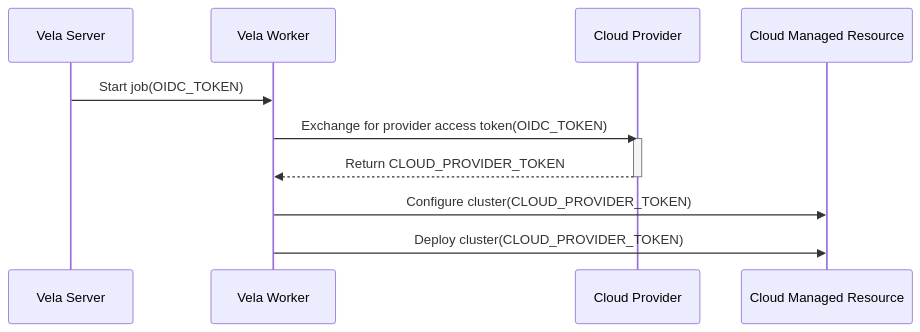
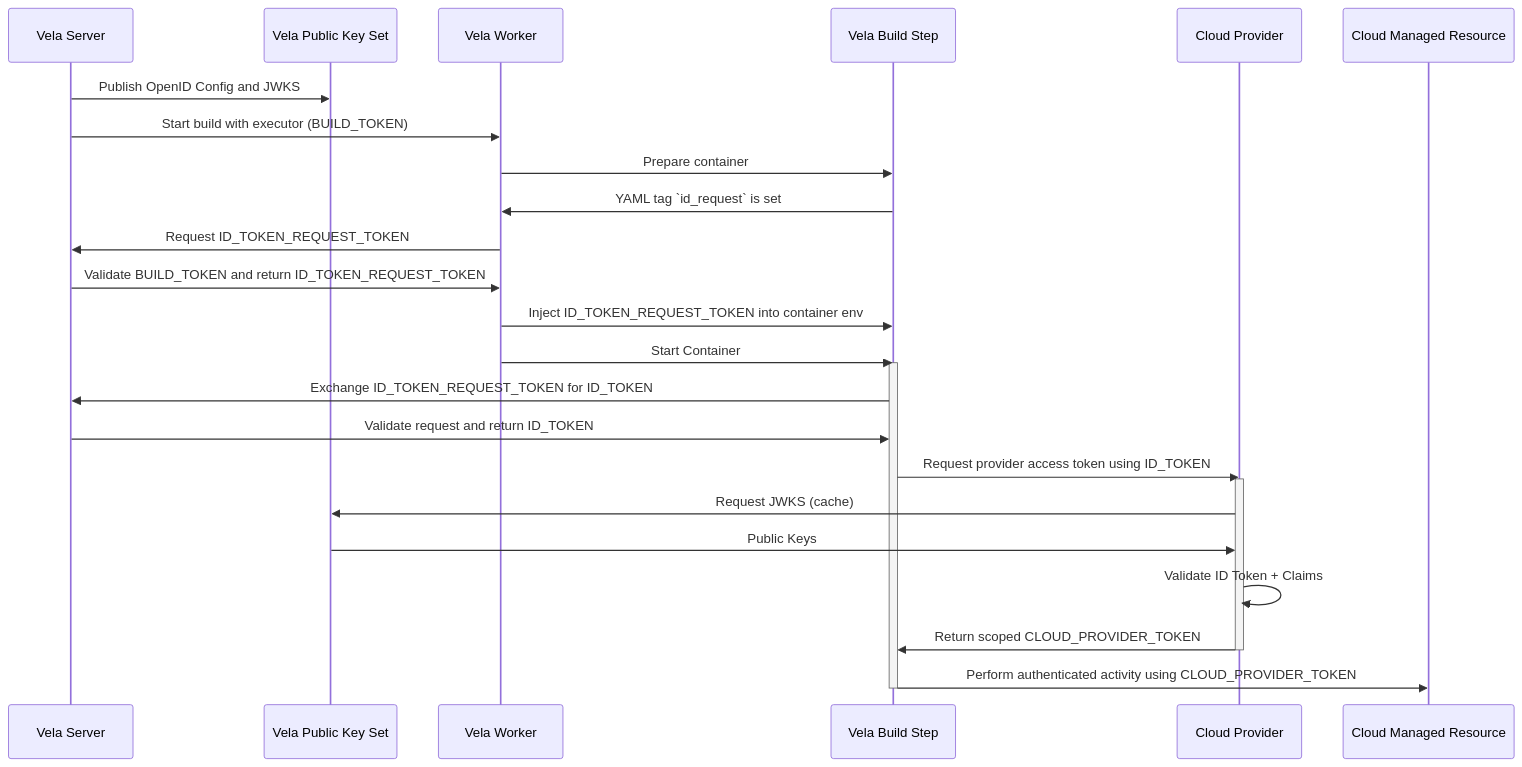
One commit to go-vela/community changed the diagram in proposals/2024/05-10_OpenID-Connect.md. Above: the diagram before and after it, drawn with Mermaid.

Commit message:
update mermaid diagram

````diff
--- a/proposals/2024/05-10_OpenID-Connect.md
+++ b/proposals/2024/05-10_OpenID-Connect.md
@@ -31,14 +31,29 @@
 ```mermaid
 sequenceDiagram
     participant vs as Vela Server
+    participant vks as Vela Public Key Set
     participant vw as Vela Worker
+	participant vbs as Vela Build Step
     participant cp as Cloud Provider
     participant r as Cloud Managed Resource
-    vs ->> vw: Start job(OIDC_TOKEN)
-    vw ->> cp: Exchange for provider access token(OIDC_TOKEN)
-    activate cp
-        cp -->> vw: Return CLOUD_PROVIDER_TOKEN
-    deactivate cp
-    vw ->> r: Configure cluster(CLOUD_PROVIDER_TOKEN)       
-    vw ->> r: Deploy cluster(CLOUD_PROVIDER_TOKEN)
+    vs ->> vks: Publish OpenID Config and JWKS
+    vs ->> vw: Start build with executor (BUILD_TOKEN)
+	vw ->> vbs: Prepare container
+	vbs ->> vw: YAML tag `id_request` is set
+	vw ->> vs: Request ID_TOKEN_REQUEST_TOKEN
+	vs ->> vw: Validate BUILD_TOKEN and return ID_TOKEN_REQUEST_TOKEN
+	vw ->> vbs: Inject ID_TOKEN_REQUEST_TOKEN into container env
+    vw ->> vbs: Start Container
+	activate vbs
+		vbs ->> vs: Exchange ID_TOKEN_REQUEST_TOKEN for ID_TOKEN
+		vs ->> vbs: Validate request and return ID_TOKEN
+		vbs ->> cp: Request provider access token using ID_TOKEN
+    	activate cp
+            cp ->> vks: Request JWKS (cache)
+            vks ->> cp: Public Keys
+            cp ->> cp: Validate ID Token + Claims
+        	cp ->> vbs: Return scoped CLOUD_PROVIDER_TOKEN
+    	deactivate cp
+    	vbs ->> r: Perform authenticated activity using CLOUD_PROVIDER_TOKEN      
+	deactivate vbs
 ```
````
